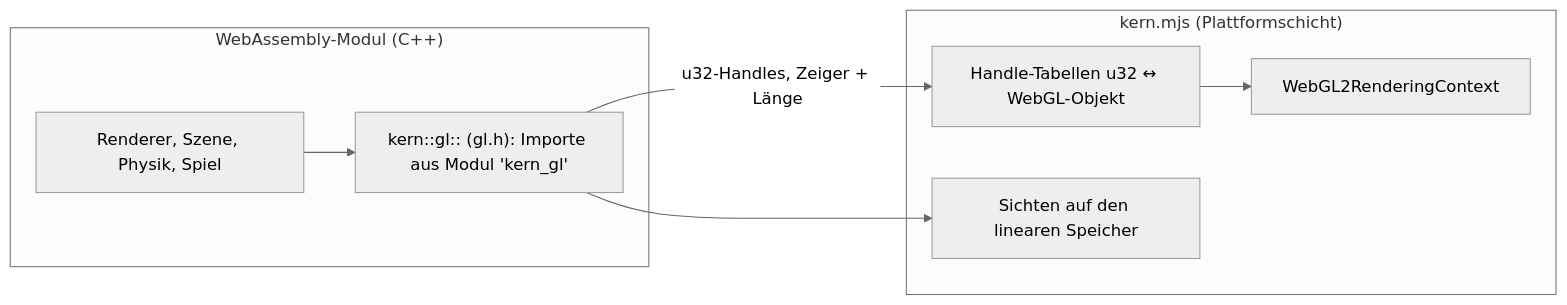
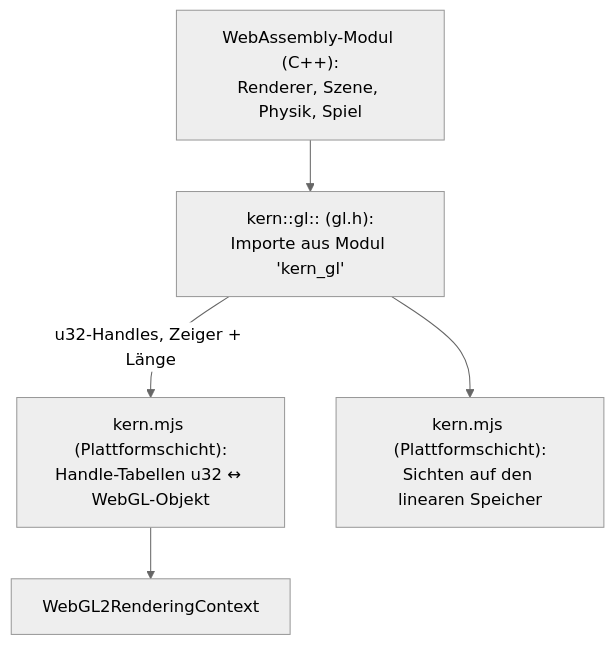
One commit to ChristianHohlfeld/kernengine.de changed the fourth of 4 diagrams in kern/docs/buch/B-grundlagen-rendering.md. Above: the diagram before and after it, drawn with Mermaid (neutral theme). The commit also changed other lines of this file and 50 other files, not shown here.

First line of the commit message:
Bücher: ASCII-Zeichnungen durch Abbildungen ersetzt, Mermaid lesbar, Formeln sichtbar

````diff
--- a/kern/docs/buch/B-grundlagen-rendering.md
+++ b/kern/docs/buch/B-grundlagen-rendering.md
@@ -857,12 +813,7 @@
 ```mermaid
-flowchart LR
-  subgraph WASM["WebAssembly-Modul (C++)"]
-    R["Renderer, Szene, Physik, Spiel"] --> GLH["kern::gl:: (gl.h): Importe aus Modul 'kern_gl'"]
-  end
-  subgraph JS["kern.mjs (Plattformschicht)"]
-    T["Handle-Tabellen u32 ↔ WebGL-Objekt"] --> WG["WebGL2RenderingContext"]
-    MEM["Sichten auf den linearen Speicher"]
-  end
-  GLH -->|"u32-Handles, Zeiger + Länge"| T
-  GLH --> MEM
+flowchart TB
+  R["WebAssembly-Modul (C++):<br/>Renderer, Szene, Physik, Spiel"] --> GLH["kern::gl:: (gl.h):<br/>Importe aus Modul 'kern_gl'"]
+  GLH -->|"u32-Handles, Zeiger + Länge"| T["kern.mjs (Plattformschicht):<br/>Handle-Tabellen u32 ↔ WebGL-Objekt"]
+  GLH --> MEM["kern.mjs (Plattformschicht):<br/>Sichten auf den linearen Speicher"]
+  T --> WG["WebGL2RenderingContext"]
 ```
````
